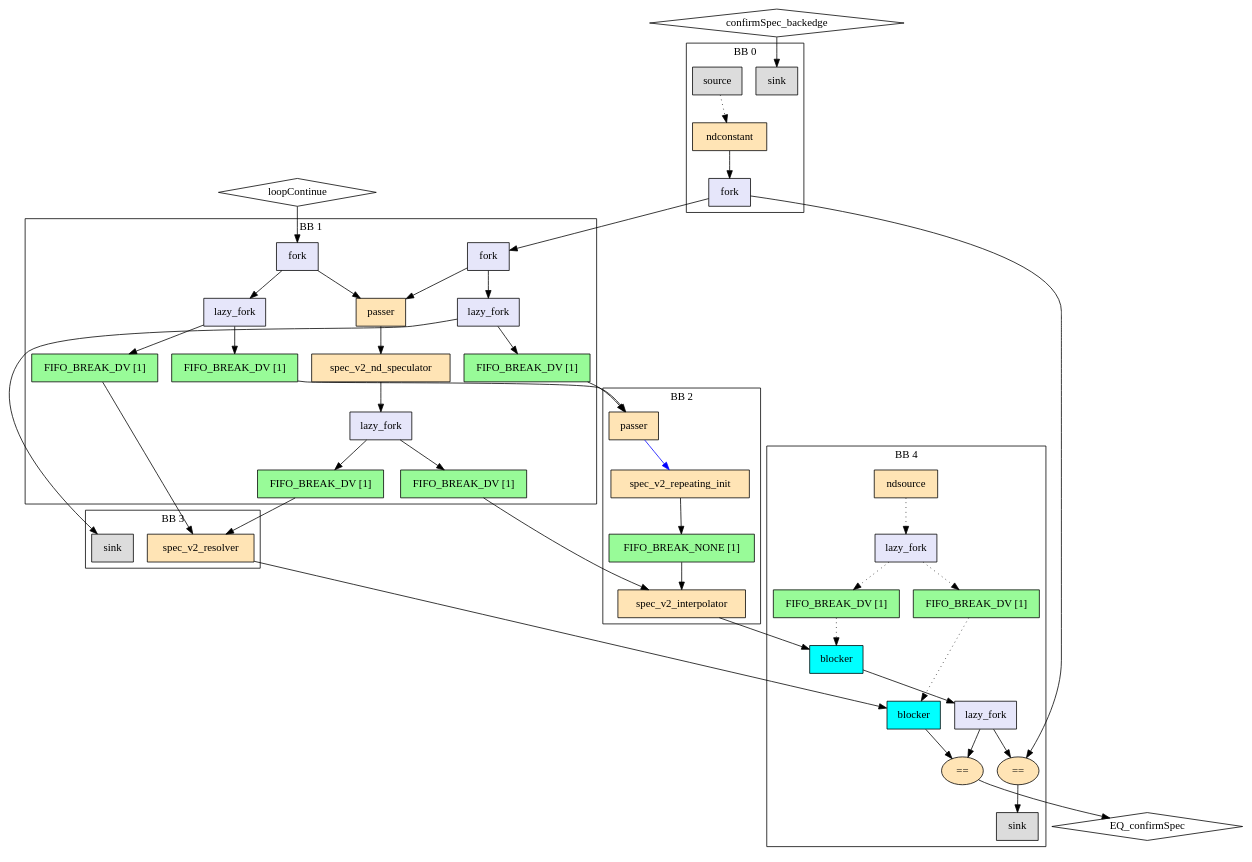
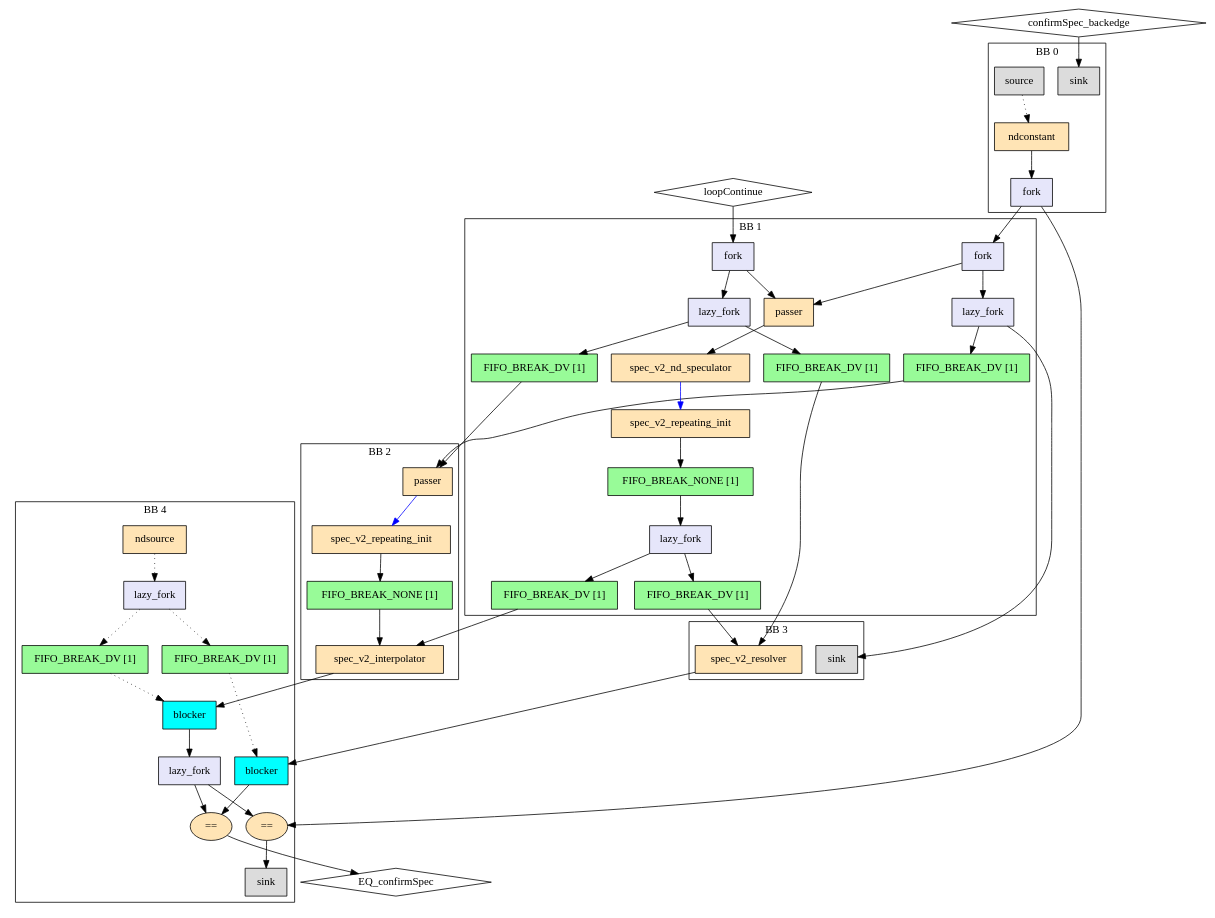
The diagram in experimental/tools/elastic-miter/out/introduceResolver/miter/model.dot (EPFL-LAP/dynamatic), drawn with Graphviz before and after one commit. The commit also changed 143 other files, not shown here.

```diff
--- a/experimental/tools/elastic-miter/out/introduceResolver/miter/model.dot
+++ b/experimental/tools/elastic-miter/out/introduceResolver/miter/model.dot
@@ -1,93 +1,97 @@
 Digraph G {
   splines=spline
   compound=true
   "loopContinue" ["style"="solid", "shape"="diamond", "label"="loopContinue", "mlir_op"="handshake.func"]
   "confirmSpec_backedge" ["style"="solid", "shape"="diamond", "label"="confirmSpec_backedge", "mlir_op"="handshake.func"]
   "EQ_confirmSpec" ["style"="solid", "shape"="diamond", "label"="EQ_confirmSpec", "mlir_op"="handshake.func"]
   "loopContinue" -> "ctx_fork" ["dir"="both", "style"="solid", "arrowhead"="normal", "from_idx"="0", "to"="ins", "arrowtail"="none", "from"="loopContinue", "to_idx"="0"]
   "confirmSpec_backedge" -> "backedge_sink_start_confirmSpec" ["dir"="both", "style"="solid", "arrowhead"="normal", "from_idx"="1", "to"="ins", "arrowtail"="none", "from"="confirmSpec_backedge", "to_idx"="0"]
   "backedge_lf_start_confirmSpec" -> "ctx_fork_cs" ["dir"="both", "style"="solid", "arrowhead"="normal", "from_idx"="0", "to"="ins", "arrowtail"="none", "from"="outs_0", "to_idx"="0"]
   "backedge_lf_start_confirmSpec" -> "backedge_eq_confirmSpec" ["dir"="both", "style"="solid", "arrowhead"="normal", "from_idx"="1", "to"="lhs", "arrowtail"="none", "from"="outs_1", "to_idx"="0"]
   "lhs_in_buf_loopContinue" -> "lhs_passer" ["dir"="both", "style"="solid", "arrowhead"="normal", "from_idx"="0", "to"="data", "arrowtail"="none", "from"="outs", "to_idx"="0"]
   "rhs_in_buf_loopContinue" -> "rhs_resolver" ["dir"="both", "style"="solid", "arrowhead"="normal", "from_idx"="0", "to"="actualCondition", "arrowtail"="none", "from"="outs", "to_idx"="0"]
   "lhs_in_buf_specLoopContinue" -> "lhs_interpolate" ["dir"="both", "style"="solid", "arrowhead"="normal", "from_idx"="0", "to"="long", "arrowtail"="none", "from"="outs", "to_idx"="1"]
   "rhs_in_buf_specLoopContinue" -> "rhs_resolver" ["dir"="both", "style"="solid", "arrowhead"="normal", "from_idx"="0", "to"="generatedCondition", "arrowtail"="none", "from"="outs", "to_idx"="1"]
   "in_fork_confirmSpec_backedge" -> "rhs_vm_sink_2" ["dir"="both", "style"="solid", "arrowhead"="normal", "from_idx"="1", "to"="ins", "arrowtail"="none", "from"="outs_1", "to_idx"="0"]
   "lhs_in_buf_confirmSpec_backedge" -> "lhs_passer" ["dir"="both", "style"="solid", "arrowhead"="normal", "from_idx"="0", "to"="ctrl", "arrowtail"="none", "from"="outs", "to_idx"="1"]
   "out_eq_confirmSpec" -> "EQ_confirmSpec" ["dir"="both", "style"="solid", "arrowhead"="normal", "from_idx"="0", "to"="EQ_confirmSpec", "arrowtail"="none", "from"="result", "to_idx"="0"]
   "lhs_interpolate" -> "lhs_out_bl_confirmSpec" ["dir"="both", "style"="solid", "arrowhead"="normal", "from_idx"="0", "to"="ins", "arrowtail"="none", "from"="result", "to_idx"="0"]
   "rhs_resolver" -> "rhs_out_bl_confirmSpec" ["dir"="both", "style"="solid", "arrowhead"="normal", "from_idx"="0", "to"="ins", "arrowtail"="none", "from"="confirmSpec", "to_idx"="0"]
   subgraph cluster0 {
     graph ["label"="BB 0"]
     "backedge_source_confirmSpec" ["style"="filled", "fillcolor"="gainsboro", "shape"="box", "label"="source", "mlir_op"="handshake.source"]
     "backedge_constant_confirmSpec" ["style"="filled", "fillcolor"="moccasin", "shape"="box", "label"="ndconstant", "mlir_op"="handshake.ndconstant"]
     "backedge_lf_start_confirmSpec" ["style"="filled", "fillcolor"="lavender", "shape"="box", "label"="fork", "mlir_op"="handshake.fork"]
     "backedge_sink_start_confirmSpec" ["style"="filled", "fillcolor"="gainsboro", "shape"="box", "label"="sink", "mlir_op"="handshake.sink"]
     "backedge_source_confirmSpec" -> "backedge_constant_confirmSpec" ["dir"="both", "style"="dotted", "arrowhead"="normal", "from_idx"="0", "to"="ctrl", "arrowtail"="none", "from"="outs", "to_idx"="0"]
     "backedge_constant_confirmSpec" -> "backedge_lf_start_confirmSpec" ["dir"="both", "style"="solid", "arrowhead"="normal", "from_idx"="0", "to"="ins", "arrowtail"="none", "from"="result", "to_idx"="0"]
   }
   subgraph cluster4 {
     graph ["label"="BB 4"]
     "backedge_lf_end_confirmSpec" ["style"="filled", "fillcolor"="lavender", "shape"="box", "label"="lazy_fork", "mlir_op"="handshake.lazy_fork"]
     "backedge_eq_confirmSpec" ["style"="filled", "fillcolor"="moccasin", "shape"="oval", "label"="==", "mlir_op"="handshake.cmpi=="]
     "backedge_sink_end_confirmSpec" ["style"="filled", "fillcolor"="gainsboro", "shape"="box", "label"="sink", "mlir_op"="handshake.sink"]
     "out_nds_confirmSpec" ["style"="filled", "fillcolor"="moccasin", "shape"="box", "label"="ndsource", "mlir_op"="handshake.ndsource"]
     "out_lf_confirmSpec" ["style"="filled", "fillcolor"="lavender", "shape"="box", "label"="lazy_fork", "mlir_op"="handshake.lazy_fork"]
     "out_buf_lhs_nds_confirmSpec" ["style"="filled", "fillcolor"="palegreen", "shape"="box", "label"="FIFO_BREAK_DV [1]", "mlir_op"="handshake.buffer"]
     "out_buf_rhs_nds_confirmSpec" ["style"="filled", "fillcolor"="palegreen", "shape"="box", "label"="FIFO_BREAK_DV [1]", "mlir_op"="handshake.buffer"]
     "lhs_out_bl_confirmSpec" ["style"="filled", "fillcolor"="cyan", "shape"="box", "label"="blocker", "mlir_op"="handshake.blocker"]
     "rhs_out_bl_confirmSpec" ["style"="filled", "fillcolor"="cyan", "shape"="box", "label"="blocker", "mlir_op"="handshake.blocker"]
     "out_eq_confirmSpec" ["style"="filled", "fillcolor"="moccasin", "shape"="oval", "label"="==", "mlir_op"="handshake.cmpi=="]
     "backedge_lf_end_confirmSpec" -> "out_eq_confirmSpec" ["dir"="both", "style"="solid", "arrowhead"="normal", "from_idx"="0", "to"="lhs", "arrowtail"="none", "from"="outs_0", "to_idx"="0"]
     "backedge_lf_end_confirmSpec" -> "backedge_eq_confirmSpec" ["dir"="both", "style"="solid", "arrowhead"="normal", "from_idx"="1", "to"="rhs", "arrowtail"="none", "from"="outs_1", "to_idx"="1"]
     "backedge_eq_confirmSpec" -> "backedge_sink_end_confirmSpec" ["dir"="both", "style"="solid", "arrowhead"="normal", "from_idx"="0", "to"="ins", "arrowtail"="none", "from"="result", "to_idx"="0"]
     "out_nds_confirmSpec" -> "out_lf_confirmSpec" ["dir"="both", "style"="dotted", "arrowhead"="normal", "from_idx"="0", "to"="ins", "arrowtail"="none", "from"="result", "to_idx"="0"]
     "out_lf_confirmSpec" -> "out_buf_lhs_nds_confirmSpec" ["dir"="both", "style"="dotted", "arrowhead"="normal", "from_idx"="0", "to"="ins", "arrowtail"="none", "from"="outs_0", "to_idx"="0"]
     "out_lf_confirmSpec" -> "out_buf_rhs_nds_confirmSpec" ["dir"="both", "style"="dotted", "arrowhead"="normal", "from_idx"="1", "to"="ins", "arrowtail"="none", "from"="outs_1", "to_idx"="0"]
     "out_buf_lhs_nds_confirmSpec" -> "lhs_out_bl_confirmSpec" ["dir"="both", "style"="dotted", "arrowhead"="normal", "from_idx"="0", "to"="ctrl", "arrowtail"="none", "from"="outs", "to_idx"="1"]
     "out_buf_rhs_nds_confirmSpec" -> "rhs_out_bl_confirmSpec" ["dir"="both", "style"="dotted", "arrowhead"="normal", "from_idx"="0", "to"="ctrl", "arrowtail"="none", "from"="outs", "to_idx"="1"]
     "lhs_out_bl_confirmSpec" -> "backedge_lf_end_confirmSpec" ["dir"="both", "style"="solid", "arrowhead"="normal", "from_idx"="0", "to"="ins", "arrowtail"="none", "from"="outs", "to_idx"="0"]
     "rhs_out_bl_confirmSpec" -> "out_eq_confirmSpec" ["dir"="both", "style"="solid", "arrowhead"="normal", "from_idx"="0", "to"="rhs", "arrowtail"="none", "from"="outs", "to_idx"="1"]
   }
   subgraph cluster1 {
     graph ["label"="BB 1"]
     "ctx_fork" ["style"="filled", "fillcolor"="lavender", "shape"="box", "label"="fork", "mlir_op"="handshake.fork"]
     "ctx_fork_cs" ["style"="filled", "fillcolor"="lavender", "shape"="box", "label"="fork", "mlir_op"="handshake.fork"]
     "ctx_passer" ["style"="filled", "fillcolor"="moccasin", "shape"="box", "label"="passer", "mlir_op"="handshake.passer"]
     "ndspec" ["style"="filled", "fillcolor"="moccasin", "shape"="box", "label"="spec_v2_nd_speculator", "mlir_op"="handshake.spec_v2_nd_speculator"]
+    "ctx_ri" ["style"="filled", "fillcolor"="moccasin", "shape"="box", "label"="spec_v2_repeating_init", "mlir_op"="handshake.spec_v2_repeating_init"]
+    "ctx_buffer" ["style"="filled", "fillcolor"="palegreen", "shape"="box", "label"="FIFO_BREAK_NONE [1]", "mlir_op"="handshake.buffer"]
     "in_fork_loopContinue" ["style"="filled", "fillcolor"="lavender", "shape"="box", "label"="lazy_fork", "mlir_op"="handshake.lazy_fork"]
     "lhs_in_buf_loopContinue" ["style"="filled", "fillcolor"="palegreen", "shape"="box", "label"="FIFO_BREAK_DV [1]", "mlir_op"="handshake.buffer"]
     "rhs_in_buf_loopContinue" ["style"="filled", "fillcolor"="palegreen", "shape"="box", "label"="FIFO_BREAK_DV [1]", "mlir_op"="handshake.buffer"]
     "in_fork_specLoopContinue" ["style"="filled", "fillcolor"="lavender", "shape"="box", "label"="lazy_fork", "mlir_op"="handshake.lazy_fork"]
     "lhs_in_buf_specLoopContinue" ["style"="filled", "fillcolor"="palegreen", "shape"="box", "label"="FIFO_BREAK_DV [1]", "mlir_op"="handshake.buffer"]
     "rhs_in_buf_specLoopContinue" ["style"="filled", "fillcolor"="palegreen", "shape"="box", "label"="FIFO_BREAK_DV [1]", "mlir_op"="handshake.buffer"]
     "in_fork_confirmSpec_backedge" ["style"="filled", "fillcolor"="lavender", "shape"="box", "label"="lazy_fork", "mlir_op"="handshake.lazy_fork"]
     "lhs_in_buf_confirmSpec_backedge" ["style"="filled", "fillcolor"="palegreen", "shape"="box", "label"="FIFO_BREAK_DV [1]", "mlir_op"="handshake.buffer"]
     "ctx_fork" -> "ctx_passer" ["dir"="both", "style"="solid", "arrowhead"="normal", "from_idx"="0", "to"="data", "arrowtail"="none", "from"="outs_0", "to_idx"="0"]
     "ctx_fork" -> "in_fork_loopContinue" ["dir"="both", "style"="solid", "arrowhead"="normal", "from_idx"="1", "to"="ins", "arrowtail"="none", "from"="outs_1", "to_idx"="0"]
     "ctx_fork_cs" -> "ctx_passer" ["dir"="both", "style"="solid", "arrowhead"="normal", "from_idx"="0", "to"="ctrl", "arrowtail"="none", "from"="outs_0", "to_idx"="1"]
     "ctx_fork_cs" -> "in_fork_confirmSpec_backedge" ["dir"="both", "style"="solid", "arrowhead"="normal", "from_idx"="1", "to"="ins", "arrowtail"="none", "from"="outs_1", "to_idx"="0"]
     "ctx_passer" -> "ndspec" ["dir"="both", "style"="solid", "arrowhead"="normal", "from_idx"="0", "to"="ins", "arrowtail"="none", "from"="result", "to_idx"="0"]
-    "ndspec" -> "in_fork_specLoopContinue" ["dir"="both", "style"="solid", "arrowhead"="normal", "from_idx"="0", "to"="ins", "arrowtail"="none", "from"="outs", "to_idx"="0"]
+    "ndspec" -> "ctx_ri" ["dir"="both", "style"="solid", "arrowhead"="normal", "from_idx"="0", "color"="blue", "to"="ins", "arrowtail"="none", "from"="outs", "to_idx"="0"]
+    "ctx_ri" -> "ctx_buffer" ["dir"="both", "style"="solid", "arrowhead"="normal", "from_idx"="0", "to"="ins", "arrowtail"="none", "from"="outs", "to_idx"="0"]
+    "ctx_buffer" -> "in_fork_specLoopContinue" ["dir"="both", "style"="solid", "arrowhead"="normal", "from_idx"="0", "to"="ins", "arrowtail"="none", "from"="outs", "to_idx"="0"]
     "in_fork_loopContinue" -> "lhs_in_buf_loopContinue" ["dir"="both", "style"="solid", "arrowhead"="normal", "from_idx"="0", "to"="ins", "arrowtail"="none", "from"="outs_0", "to_idx"="0"]
     "in_fork_loopContinue" -> "rhs_in_buf_loopContinue" ["dir"="both", "style"="solid", "arrowhead"="normal", "from_idx"="1", "to"="ins", "arrowtail"="none", "from"="outs_1", "to_idx"="0"]
     "in_fork_specLoopContinue" -> "lhs_in_buf_specLoopContinue" ["dir"="both", "style"="solid", "arrowhead"="normal", "from_idx"="0", "to"="ins", "arrowtail"="none", "from"="outs_0", "to_idx"="0"]
     "in_fork_specLoopContinue" -> "rhs_in_buf_specLoopContinue" ["dir"="both", "style"="solid", "arrowhead"="normal", "from_idx"="1", "to"="ins", "arrowtail"="none", "from"="outs_1", "to_idx"="0"]
     "in_fork_confirmSpec_backedge" -> "lhs_in_buf_confirmSpec_backedge" ["dir"="both", "style"="solid", "arrowhead"="normal", "from_idx"="0", "to"="ins", "arrowtail"="none", "from"="outs_0", "to_idx"="0"]
   }
   subgraph cluster2 {
     graph ["label"="BB 2"]
     "lhs_passer" ["style"="filled", "fillcolor"="moccasin", "shape"="box", "label"="passer", "mlir_op"="handshake.passer"]
     "lhs_ri" ["style"="filled", "fillcolor"="moccasin", "shape"="box", "label"="spec_v2_repeating_init", "mlir_op"="handshake.spec_v2_repeating_init"]
     "lhs_buffer" ["style"="filled", "fillcolor"="palegreen", "shape"="box", "label"="FIFO_BREAK_NONE [1]", "mlir_op"="handshake.buffer"]
     "lhs_interpolate" ["style"="filled", "fillcolor"="moccasin", "shape"="box", "label"="spec_v2_interpolator", "mlir_op"="handshake.spec_v2_interpolator"]
     "lhs_passer" -> "lhs_ri" ["dir"="both", "style"="solid", "arrowhead"="normal", "from_idx"="0", "color"="blue", "to"="ins", "arrowtail"="none", "from"="result", "to_idx"="0"]
     "lhs_ri" -> "lhs_buffer" ["dir"="both", "style"="solid", "arrowhead"="normal", "from_idx"="0", "to"="ins", "arrowtail"="none", "from"="outs", "to_idx"="0"]
     "lhs_buffer" -> "lhs_interpolate" ["dir"="both", "style"="solid", "arrowhead"="normal", "from_idx"="0", "to"="short", "arrowtail"="none", "from"="outs", "to_idx"="0"]
   }
   subgraph cluster3 {
     graph ["label"="BB 3"]
     "rhs_vm_sink_2" ["style"="filled", "fillcolor"="gainsboro", "shape"="box", "label"="sink", "mlir_op"="handshake.sink"]
     "rhs_resolver" ["style"="filled", "fillcolor"="moccasin", "shape"="box", "label"="spec_v2_resolver", "mlir_op"="handshake.spec_v2_resolver"]
   }
 }
```
